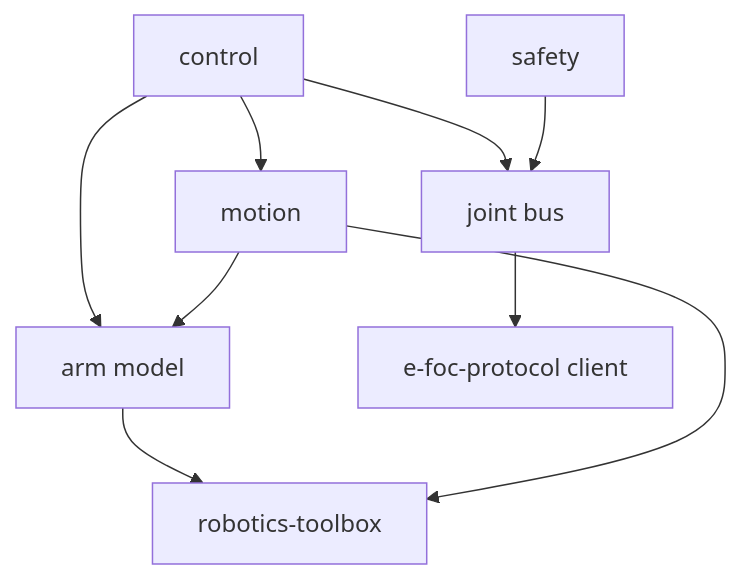
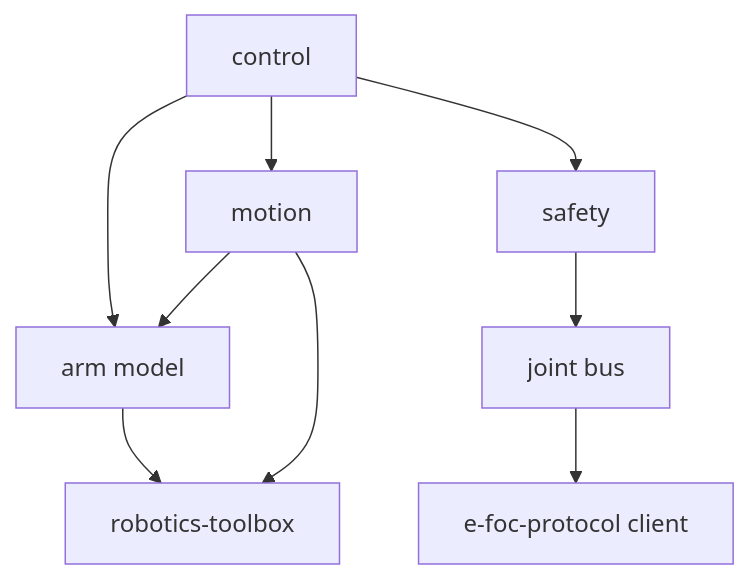
The second of 3 diagrams in documentation/architecture/system.md (embedded-pro/e-robot-arm), drawn with Mermaid before and after one commit. The commit also changed other lines of this file and 21 other files, not shown here.

First line of the commit message:
feat(safety): guard the joint bus with limits and an emergency stop on any fault

````diff
--- a/documentation/architecture/system.md
+++ b/documentation/architecture/system.md
@@ -69,11 +70,11 @@
 ```mermaid
 flowchart TD
     Control[control] --> Motion[motion]
     Control --> Model[arm model]
-    Control --> JointBus[joint bus]
-    Safety[safety] --> JointBus
+    Control --> Safety[safety]
+    Safety --> JointBus[joint bus]
     Motion --> Model
     JointBus --> Protocol[e-foc-protocol client]
     Model --> Robotics[robotics-toolbox]
     Motion --> Robotics
 ```
````
